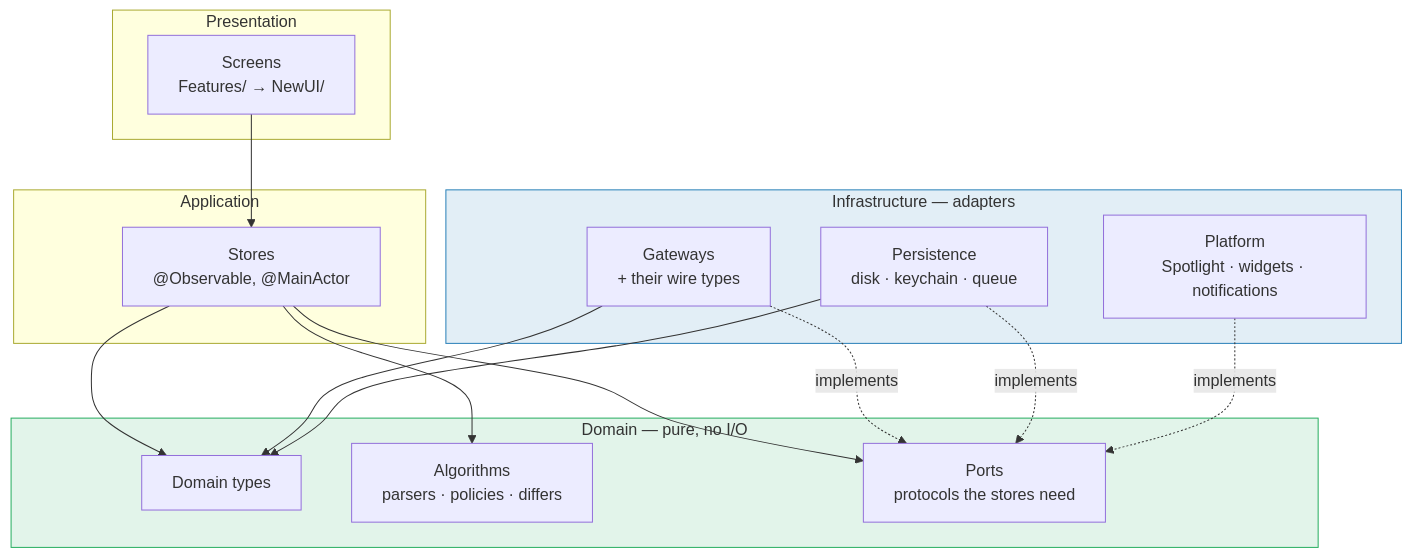
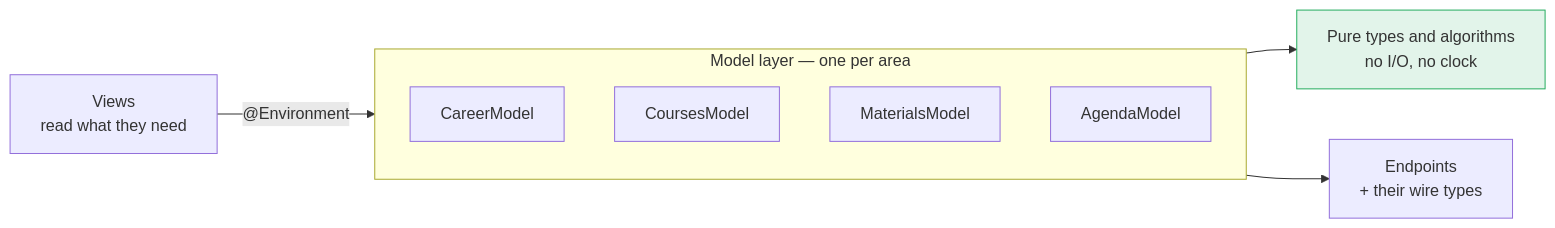
The first of 2 diagrams in docs/data-layer-architecture.md (samuelesegrini/PoliVerse), drawn with Mermaid before and after one commit. The commit also changed other lines of this file, not shown here.

````diff
--- a/docs/data-layer-architecture.md
+++ b/docs/data-layer-architecture.md
@@ -139,32 +83,14 @@
 ```mermaid
-flowchart TD
-    subgraph UI["Presentation"]
-      V["Screens<br/>Features/ → NewUI/"]
+flowchart LR
+    V["Views<br/>read what they need"] -->|"@Environment"| M
+    subgraph M["Model layer — one per area"]
+      direction TB
+      C["CareerModel"]
+      K["CoursesModel"]
+      W["MaterialsModel"]
+      A["AgendaModel"]
     end
-    subgraph APP["Application"]
-      ST["Stores<br/>@Observable, @MainActor"]
-    end
-    subgraph DOM["Domain — pure, no I/O"]
-      DM["Domain types"]
-      AL["Algorithms<br/>parsers · policies · differs"]
-      PT["Ports<br/>protocols the stores need"]
-    end
-    subgraph INF["Infrastructure — adapters"]
-      GW["Gateways<br/>+ their wire types"]
-      PS["Persistence<br/>disk · keychain · queue"]
-      PL["Platform<br/>Spotlight · widgets · notifications"]
-    end
-
-    V --> ST
-    ST --> DM
-    ST --> AL
-    ST --> PT
-    GW -.implements.-> PT
-    PS -.implements.-> PT
-    PL -.implements.-> PT
-    GW --> DM
-    PS --> DM
-
-    style DOM fill:#27ae6022,stroke:#27ae60
-    style INF fill:#2980b922,stroke:#2980b9
+    M --> P["Pure types and algorithms<br/>no I/O, no clock"]
+    M --> N["Endpoints<br/>+ their wire types"]
+    style P fill:#27ae6022,stroke:#27ae60
 ```
````
